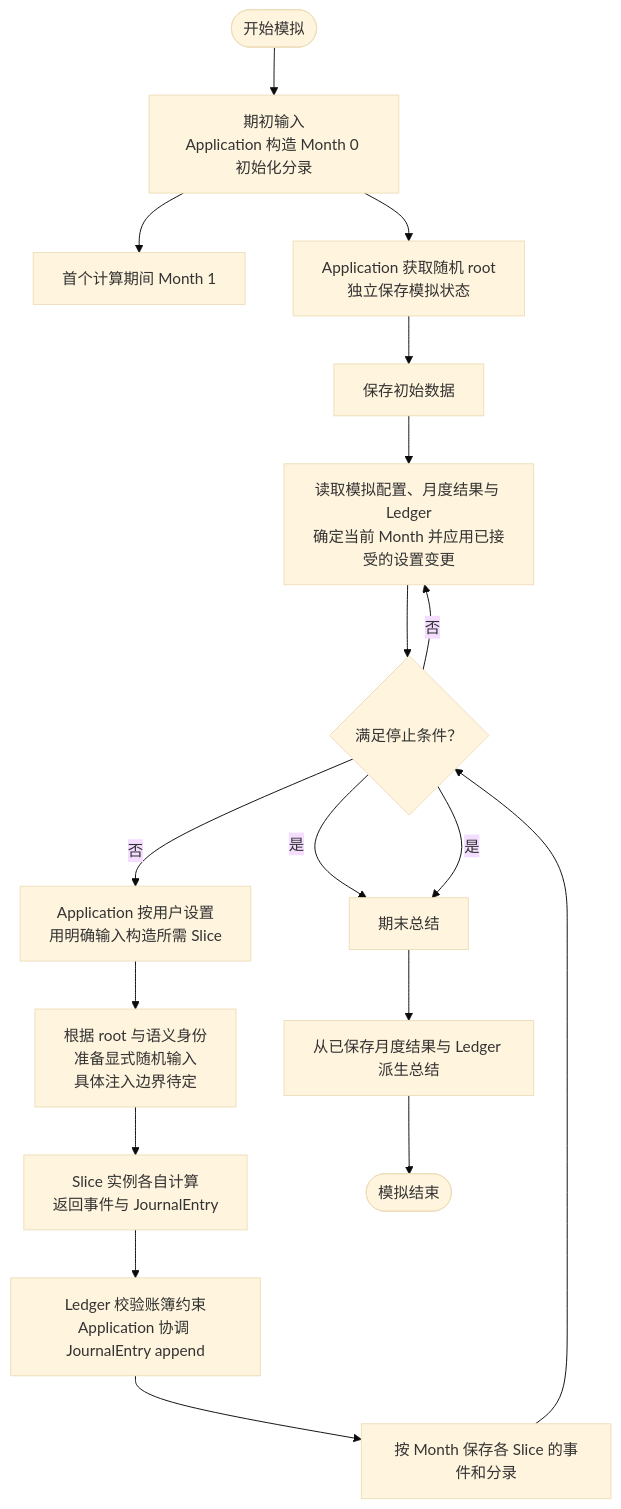
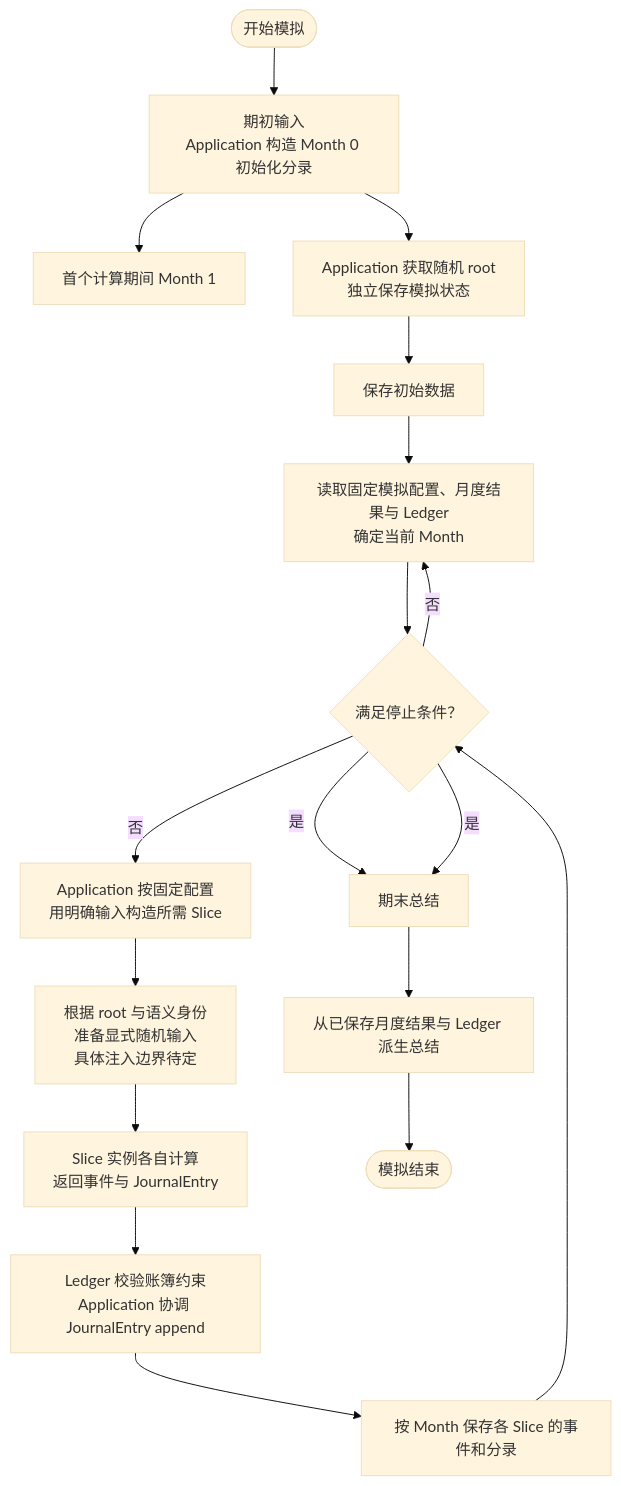
Before and after one commit to bearfighting/property-simulator: the second of 2 diagrams in docs/project-structure.md, drawn with Mermaid (base theme). The commit also changed 7 other files, not shown here.

````diff
--- a/docs/project-structure.md
+++ b/docs/project-structure.md
@@ -106,20 +106,20 @@
 ```mermaid
 flowchart TD
     Start([开始模拟]) --> Initial[期初输入<br/>Application 构造 Month 0 初始化分录]
     Initial --> First[首个计算期间 Month 1]
     Initial --> Root[Application 获取随机 root<br/>独立保存模拟状态]
     Root --> SaveInitial[保存初始数据]
-    SaveInitial --> MonthStart[读取模拟配置、月度结果与 Ledger<br/>确定当前 Month 并应用已接受的设置变更]
+    SaveInitial --> MonthStart[读取固定模拟配置、月度结果与 Ledger<br/>确定当前 Month]
     MonthStart --> StopCondition{任一停止条件满足？}
     StopCondition -- 是 --> Summary[期末总结]
-    StopCondition -- 否 --> Create[Application 按用户设置<br/>用明确输入构造所需 Slice]
+    StopCondition -- 否 --> Create[Application 按固定配置<br/>用明确输入构造所需 Slice]
     Create --> Random[根据 root 与语义身份<br/>准备显式随机输入<br/>具体注入边界待定]
     Random --> Evaluate[Slice 实例各自计算<br/>返回事件与 JournalEntry]
     Evaluate --> Settle[Ledger 校验账簿约束<br/>Application 协调 JournalEntry append]
     Settle --> SaveMonth[按 Month 保存各 Slice 的事件和分录]
     SaveMonth --> StopCondition{满足停止条件？}
     StopCondition -- 否 --> MonthStart
     StopCondition -- 是 --> Summary
     Summary --> Report[从已保存月度结果与 Ledger 派生总结]
     Report --> End([模拟结束])
 ```
````
